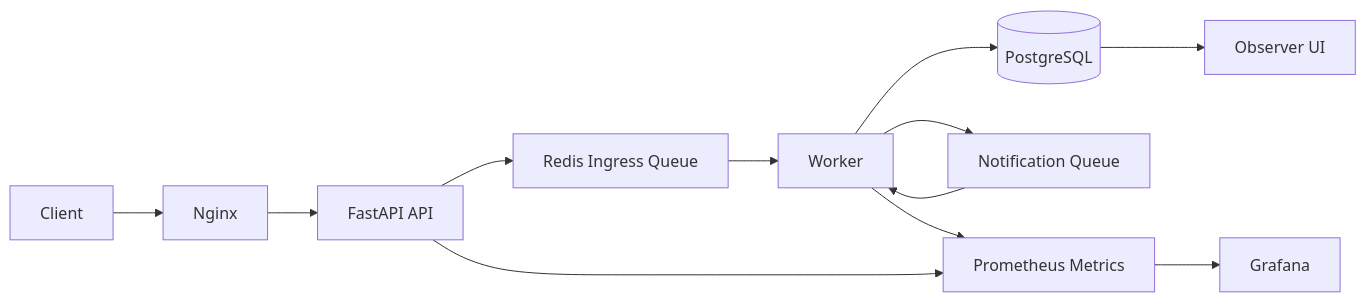
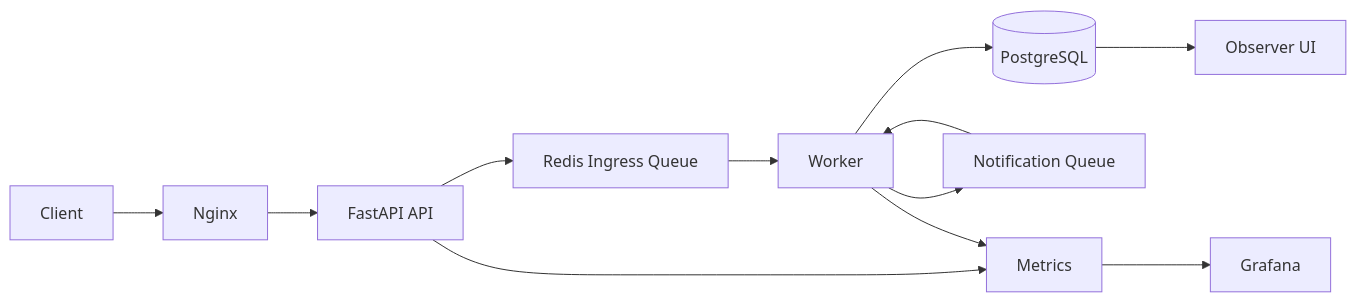
One commit to Jangwanko/Cloud_portfolio changed the first of 3 diagrams in README.md. Above: the diagram before and after it, drawn with Mermaid. The commit also changed other lines of this file and 14 other files, not shown here.

````diff
--- a/README.md
+++ b/README.md
@@ -14,14 +23,14 @@
 ```mermaid
 flowchart LR
     C[Client] --> N[Nginx]
     N --> A[FastAPI API]
     A --> RQ[Redis Ingress Queue]
     RQ --> W[Worker]
     W --> DB[(PostgreSQL)]
     W --> NQ[Notification Queue]
     NQ --> W
+    A --> M[Metrics]
+    W --> M
     DB --> O[Observer UI]
-    W --> M[Prometheus Metrics]
-    A --> M
     M --> G[Grafana]
 ```
````
